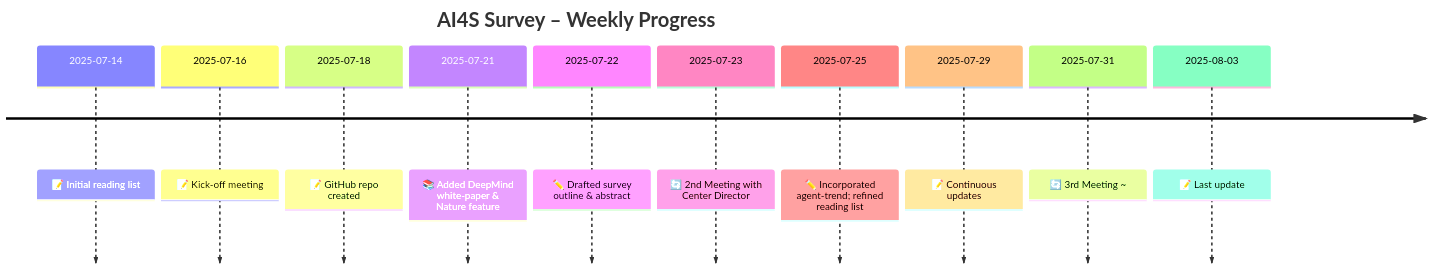
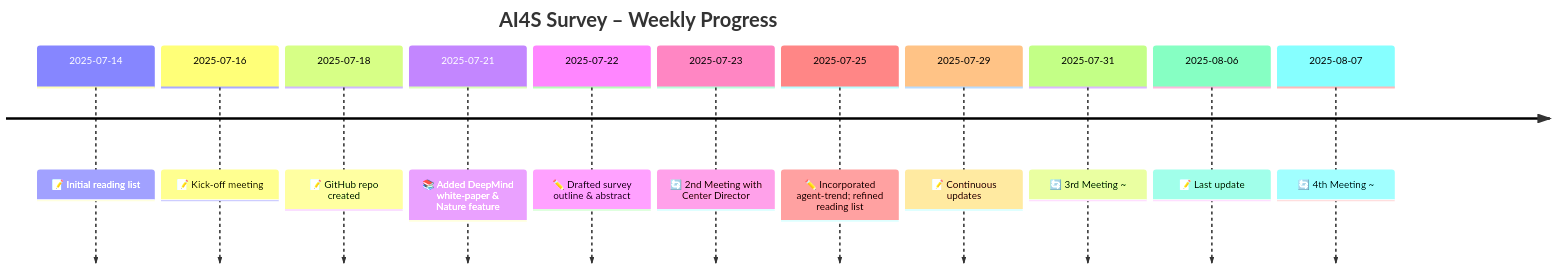
One commit to MI-Hussain/AI4Science changed the diagram in README.md. Above: the diagram before and after it, drawn with Mermaid.

````diff
--- a/README.md
+++ b/README.md
@@ -237,14 +237,15 @@
 ```mermaid
 timeline
     title AI4S Survey – Weekly Progress
     2025-07-14 : 📝 Initial reading list
     2025-07-16 : 📝 Kick‑off meeting
     2025-07-18 : 📝 GitHub repo created
     2025-07-21 : 📚 Added DeepMind white‑paper & Nature feature
     2025-07-22 : ✏️ Drafted survey outline & abstract
     2025-07-23 : 🔄 2nd Meeting with Center Director
     2025-07-25 : ✏️ Incorporated agent‑trend; refined reading list
     2025-07-29 : 📝 Continuous updates
     2025-07-31 : 🔄 3rd Meeting ~
-    2025-08-03 : 📝 Last update
+    2025-08-06 : 📝 Last update
+    2025-08-07 : 🔄 4th Meeting ~
 ```
````
